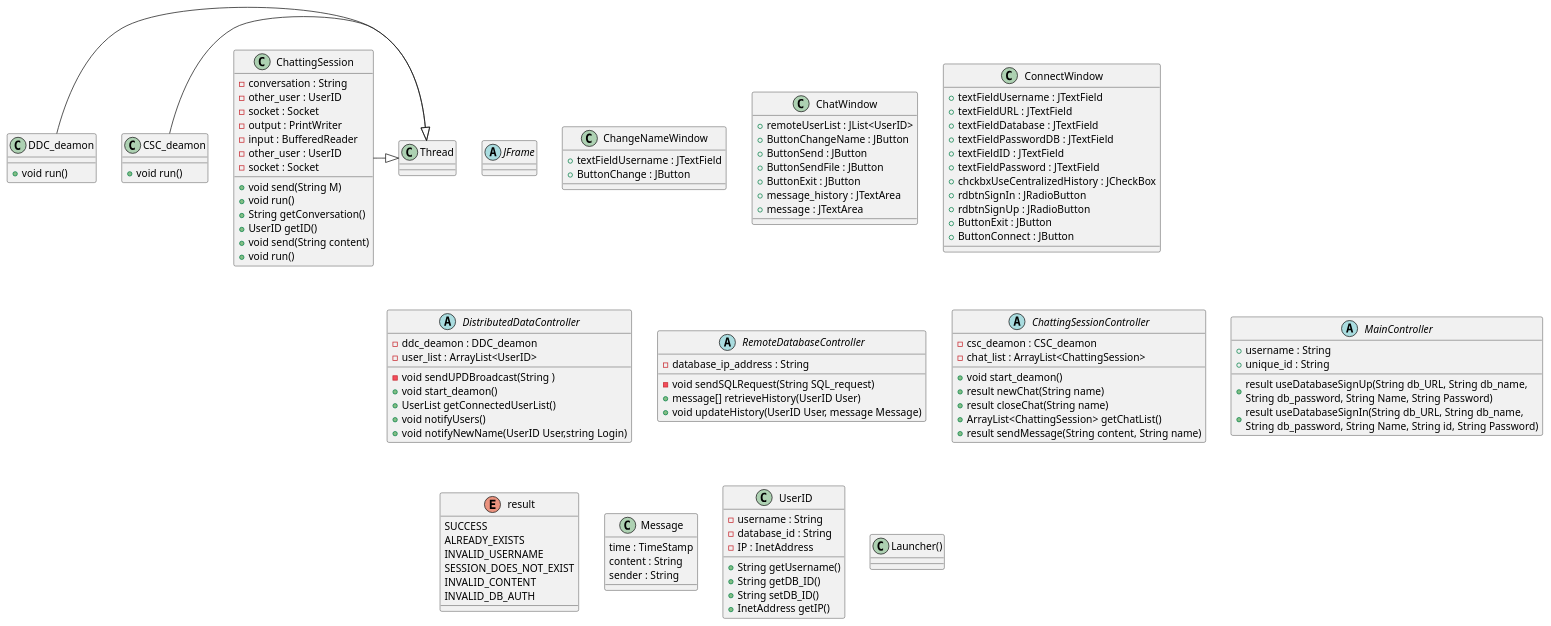
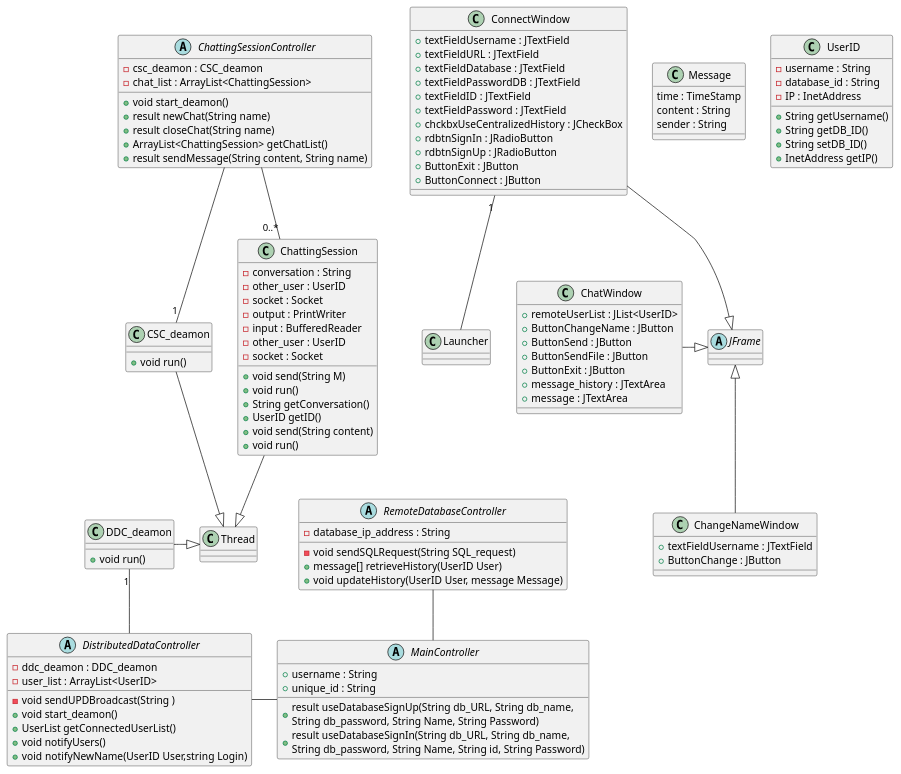
One commit to scanim-valentin/decentralized-chat-system changed the diagram in PlantUML/class.wsd. Above: the diagram before and after it, drawn with PlantUML. The commit also changed 6 other files, not shown here.

```diff
--- a/PlantUML/class.wsd
+++ b/PlantUML/class.wsd
@@ -1,127 +1,134 @@
 @startuml class
 abstract class JFrame
 
 class ChangeNameWindow{
     + textFieldUsername : JTextField
     + ButtonChange : JButton
 }
 class ChatWindow{
     + remoteUserList : JList<UserID>
     + ButtonChangeName : JButton
     + ButtonSend : JButton
     + ButtonSendFile : JButton
     + ButtonExit : JButton
     + message_history : JTextArea
     + message : JTextArea
 }
 class ConnectWindow{
 
     + textFieldUsername : JTextField
     + textFieldURL : JTextField
     + textFieldDatabase : JTextField
     + textFieldPasswordDB : JTextField
     + textFieldID : JTextField
     + textFieldPassword : JTextField
     + chckbxUseCentralizedHistory : JCheckBox
     + rdbtnSignIn : JRadioButton
     + rdbtnSignUp : JRadioButton
     + ButtonExit : JButton
     + ButtonConnect : JButton
 }
 
 class DDC_deamon{
     + void run()
 }
 
 abstract class DistributedDataController{
     - ddc_deamon : DDC_deamon
     - user_list : ArrayList<UserID>
     -void sendUPDBroadcast(String )
     +void start_deamon()
     +UserList getConnectedUserList()
     +void notifyUsers()
     +void notifyNewName(UserID User,string Login)
 }
 
 abstract class  RemoteDatabaseController{
     - database_ip_address : String 
     -void sendSQLRequest(String SQL_request)
     +message[] retrieveHistory(UserID User)
     +void updateHistory(UserID User, message Message)
 }
 
 
 class CSC_deamon{
     + void run()
 }
 
 
 class ChattingSession{
     - conversation : String
     - other_user : UserID
     - socket : Socket
     - output : PrintWriter
     - input : BufferedReader
     + void send(String M)
     + void run()
     + String getConversation()
     + UserID getID()
 }
 
 abstract class ChattingSessionController{
     - csc_deamon : CSC_deamon
     - chat_list : ArrayList<ChattingSession>
     +void start_deamon()
     +result newChat(String name)
     +result closeChat(String name)
     +ArrayList<ChattingSession> getChatList()
     +result sendMessage(String content, String name)
 }
 
 abstract class MainController{
     +username : String
     +unique_id : String
     +result useDatabaseSignUp(String db_URL, String db_name, \nString db_password, String Name, String Password)
     +result useDatabaseSignIn(String db_URL, String db_name, \nString db_password, String Name, String id, String Password)
 }
 
-enum result {
-	SUCCESS
-    ALREADY_EXISTS
-    INVALID_USERNAME
-    SESSION_DOES_NOT_EXIST
-    INVALID_CONTENT
-    INVALID_DB_AUTH
-}
-
 class ChattingSession {
     - other_user : UserID
     - socket : Socket
     + void send(String content)
     + void run()
 }
 
 class Message{
     time : TimeStamp
     content : String
     sender : String
 }
 
 class UserID{
     -username : String
     -database_id : String
     -IP : InetAddress
     +String getUsername()
     +String getDB_ID()
     +String setDB_ID()
     +InetAddress getIP()
 } 
 
-class Launcher()
+class Launcher
 
-DDC_deamon -|> Thread
-CSC_deamon -|> Thread
-ChattingSession -|> Thread
+
+
+ChatWindow -r-|> JFrame
+ChangeNameWindow -u-|> JFrame
+ConnectWindow -d-|> JFrame
+
+Launcher -u- "1" ConnectWindow
+
+DDC_deamon -l-|> Thread
+CSC_deamon -r-|> Thread
+ChattingSession -d-|> Thread
+
+ChattingSessionController - "1" CSC_deamon
+ChattingSessionController -- "0..*" ChattingSession
+
+DistributedDataController -u- "1" DDC_deamon
+
+DistributedDataController - MainController
+RemoteDatabaseController -d- MainController
 
 
 @enduml
```
